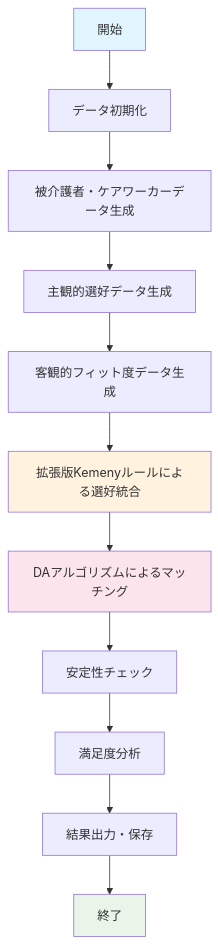
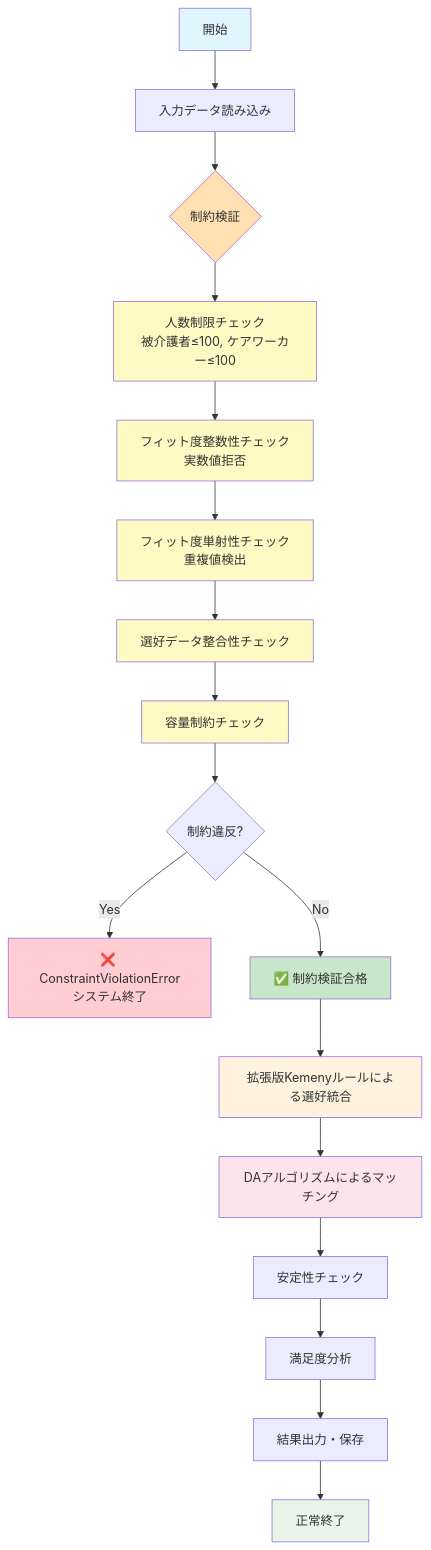
The first of 8 diagrams in docs/algorithm_flowchart.md (Krminfinity/kemeny-extended-aggregator), drawn with Mermaid before and after one commit. The commit also changed other lines of this file and 46 other files, not shown here.

````diff
--- a/docs/algorithm_flowchart.md
+++ b/docs/algorithm_flowchart.md
@@ -5,18 +6,32 @@
 ```mermaid
 flowchart TD
-    A[開始] --> B[データ初期化]
-    B --> C[被介護者・ケアワーカーデータ生成]
-    C --> D[主観的選好データ生成]
-    D --> E[客観的フィット度データ生成]
+    A[開始] --> B[入力データ読み込み]
+    B --> C{制約検証}
+    C --> C1[人数制限チェック<br/>被介護者≤100, ケアワーカー≤100]
+    C1 --> C2[フィット度整数性チェック<br/>実数値拒否]
+    C2 --> C3[フィット度単射性チェック<br/>重複値検出]
+    C3 --> C4[選好データ整合性チェック]
+    C4 --> C5[容量制約チェック]
+    C5 --> D{制約違反?}
+    D -->|Yes| ERROR[❌ ConstraintViolationError<br/>システム終了]
+    D -->|No| E[✅ 制約検証合格]
     E --> F[拡張版Kemenyルールによる選好統合]
     F --> G[DAアルゴリズムによるマッチング]
     G --> H[安定性チェック]
     H --> I[満足度分析]
     I --> J[結果出力・保存]
-    J --> K[終了]
+    J --> K[正常終了]
     
     style A fill:#e1f5fe
     style K fill:#e8f5e8
+    style ERROR fill:#ffcdd2
+    style E fill:#c8e6c9
     style F fill:#fff3e0
     style G fill:#fce4ec
+    style C fill:#ffe0b2
+    style C1 fill:#fff9c4
+    style C2 fill:#fff9c4
+    style C3 fill:#fff9c4
+    style C4 fill:#fff9c4
+    style C5 fill:#fff9c4
 ```
````
